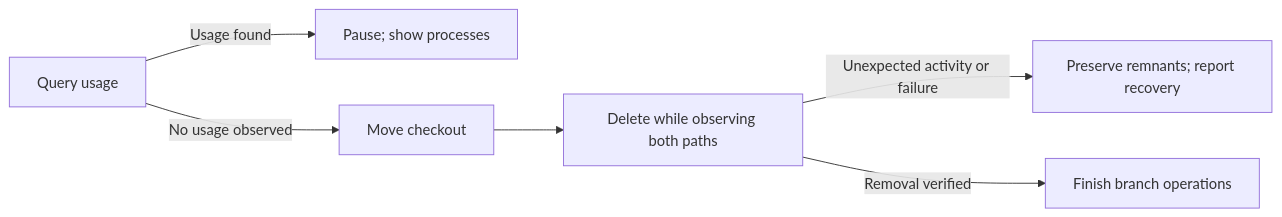
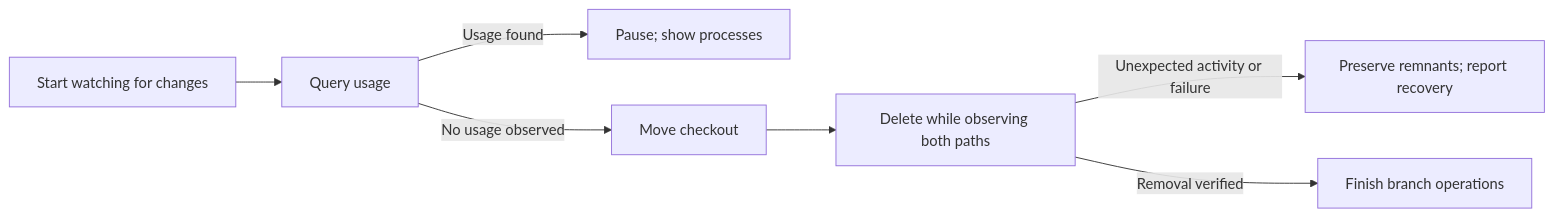
Before and after one commit to yankeeinlondon/rusty-biscuit: the first of 2 diagrams in worktree/docs/cli/remove.md, drawn with Mermaid. The commit also changed other lines of this file, not shown here.

````diff
--- a/worktree/docs/cli/remove.md
+++ b/worktree/docs/cli/remove.md
@@ -38,8 +52,9 @@
 ```mermaid
 flowchart LR
-    A[Query usage] -->|Usage found| B[Pause; show processes]
+    W[Start watching for changes] --> A[Query usage]
+    A -->|Usage found| B[Pause; show processes]
     A -->|No usage observed| C[Move checkout]
     C --> D[Delete while observing both paths]
     D -->|Unexpected activity or failure| E[Preserve remnants; report recovery]
     D -->|Removal verified| F[Finish branch operations]
 ```
````
